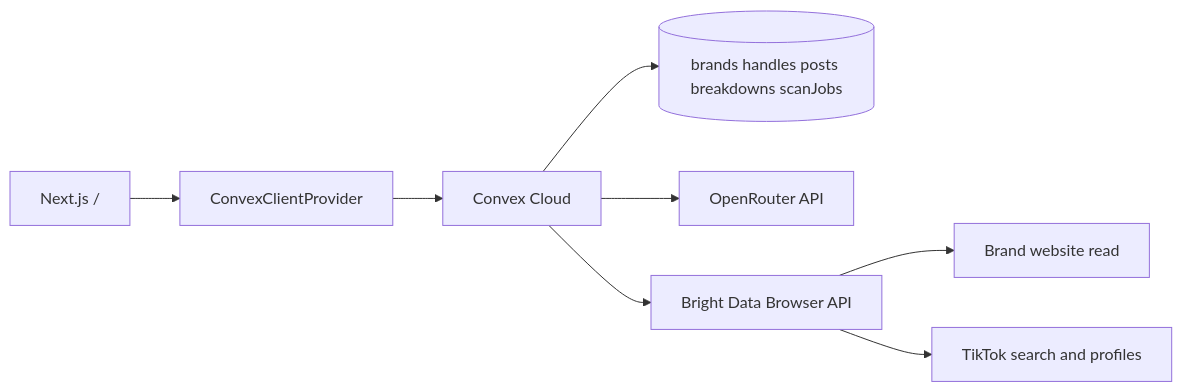
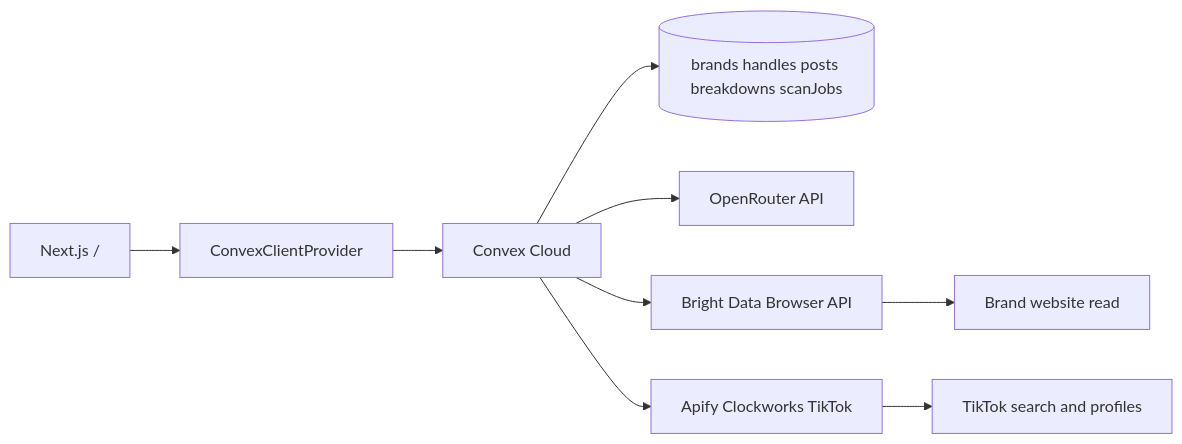
One commit to sid-kiwilab/viralradar changed the diagram in docs/LIVE.md. Above: the diagram before and after it, drawn with Mermaid. The commit also changed other lines of this file and 27 other files, not shown here.

````diff
--- a/docs/LIVE.md
+++ b/docs/LIVE.md
@@ -35,10 +35,11 @@
 ```mermaid
 flowchart LR
   Home["Next.js /"] --> ConvexClient[ConvexClientProvider]
   ConvexClient --> ConvexCloud[Convex Cloud]
   ConvexCloud --> Schema[(brands handles posts breakdowns scanJobs)]
   ConvexCloud --> OpenRouter[OpenRouter API]
   ConvexCloud --> BrowserAPI[Bright Data Browser API]
+  ConvexCloud --> Apify[Apify Clockworks TikTok]
   BrowserAPI --> BrandSite[Brand website read]
-  BrowserAPI --> TikTok[TikTok search and profiles]
+  Apify --> TikTok[TikTok search and profiles]
 ```
````
